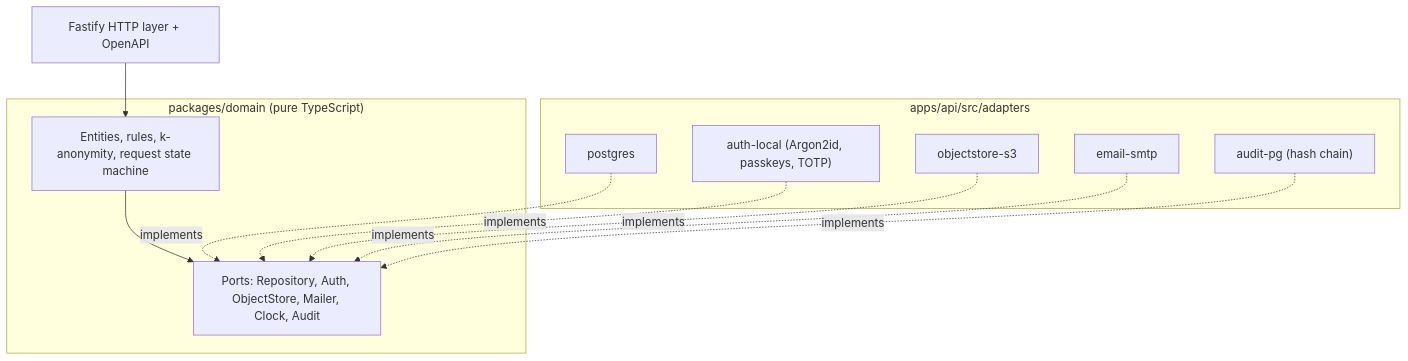
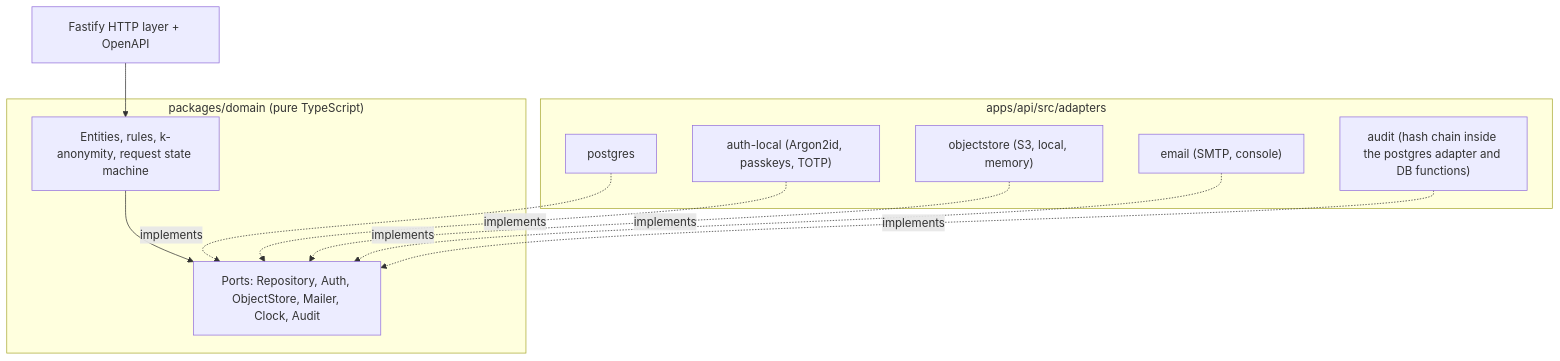
Before and after one commit to johnny882020/ARI-PST: the second of 3 diagrams in docs/architecture.md, drawn with Mermaid. The commit also changed other lines of this file and 88 other files, not shown here.

````diff
--- a/docs/architecture.md
+++ b/docs/architecture.md
@@ -35,21 +35,21 @@
 ```mermaid
 flowchart TB
   subgraph Core["packages/domain (pure TypeScript)"]
     D["Entities, rules, k-anonymity, request state machine"]
     P["Ports: Repository, Auth, ObjectStore, Mailer, Clock, Audit"]
   end
   subgraph Adapters["apps/api/src/adapters"]
     PG["postgres"]
     AU["auth-local (Argon2id, passkeys, TOTP)"]
-    S3["objectstore-s3"]
-    SM["email-smtp"]
-    AP["audit-pg (hash chain)"]
+    S3["objectstore (S3, local, memory)"]
+    SM["email (SMTP, console)"]
+    AP["audit (hash chain inside the postgres adapter and DB functions)"]
   end
   HTTP["Fastify HTTP layer + OpenAPI"] --> D
   D --> P
   PG -. implements .-> P
   AU -. implements .-> P
   S3 -. implements .-> P
   SM -. implements .-> P
   AP -. implements .-> P
 ```
````
